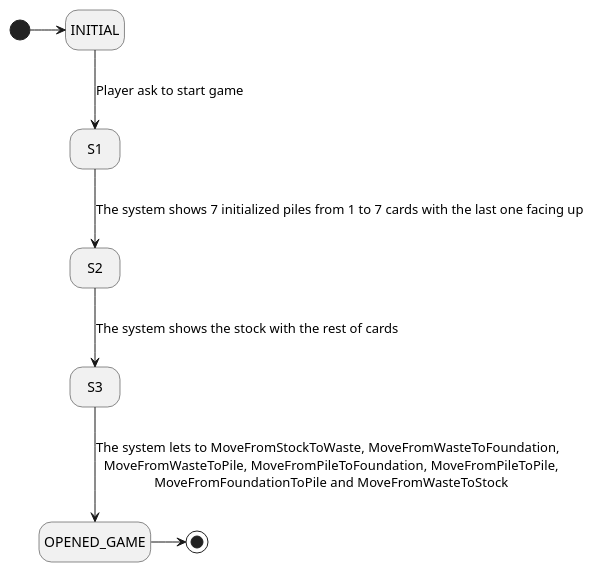
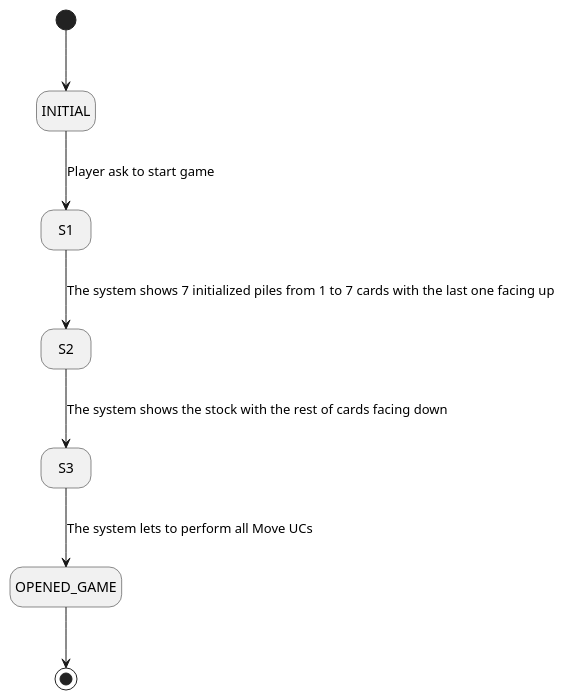
One commit to ciscoruiz/klondike changed the diagram in useCaseView/Start.puml. Above: the diagram before and after it, drawn with PlantUML. The commit also changed 4 other files, not shown here.

Commit message:
Update MoveFromStockToWaste UC, update README with  titles of UCs, add a diagram name after @startuml in order to avoid warning

```diff
--- a/useCaseView/Start.puml
+++ b/useCaseView/Start.puml
@@ -1,12 +1,12 @@
-@startuml
+@startuml StartGameUC
 
 hide empty description
 
-[*] -> INITIAL
+[*] --> INITIAL
 INITIAL --> S1: Player ask to start game
 S1 --> S2: The system shows 7 initialized piles from 1 to 7 cards with the last one facing up
-S2 --> S3: The system shows the stock with the rest of cards
-S3 --> OPENED_GAME: The system lets to MoveFromStockToWaste, MoveFromWasteToFoundation, \n MoveFromWasteToPile, MoveFromPileToFoundation, MoveFromPileToPile,\n MoveFromFoundationToPile and MoveFromWasteToStock
-OPENED_GAME -> [*]
+S2 --> S3: The system shows the stock with the rest of cards facing down
+S3 --> OPENED_GAME: The system lets to perform all Move UCs
+OPENED_GAME --> [*]
 
 @enduml
```
